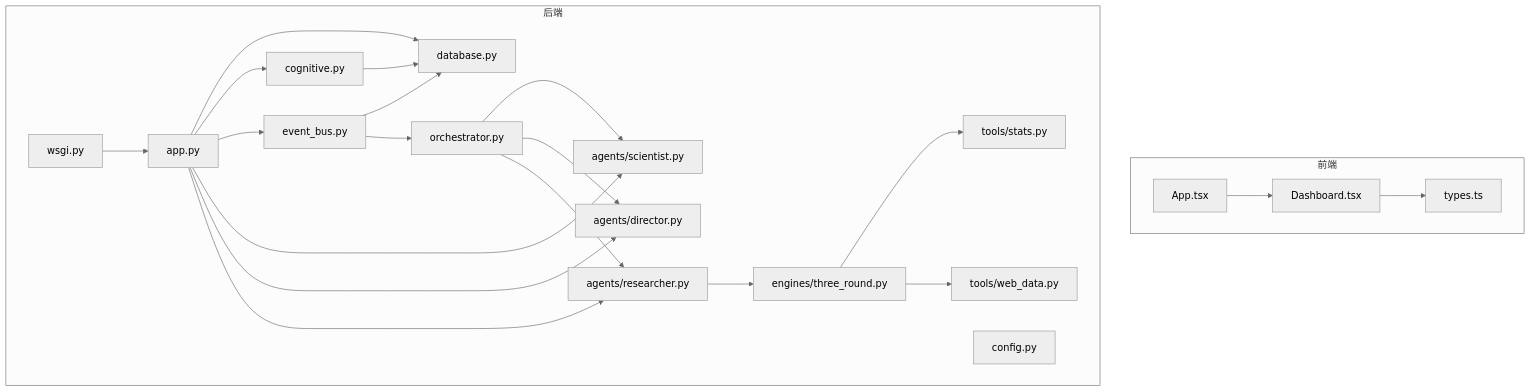
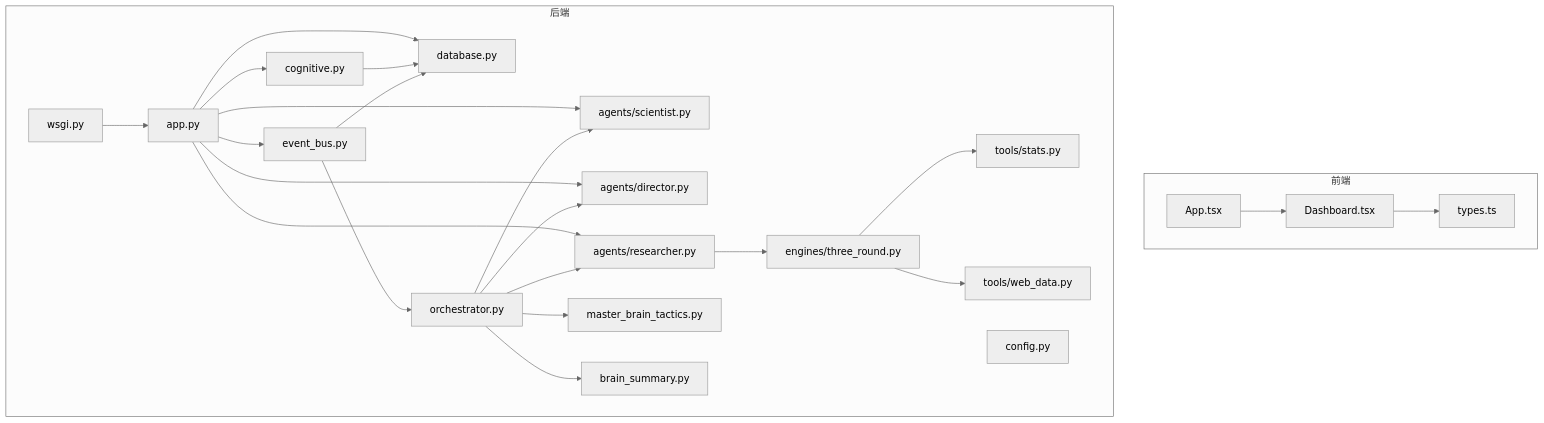
Before and after one commit to GDY-ai/AInstein: the first of 11 diagrams in .qoder/repowiki/zh/content/系统架构/硅基大脑蓝图/硅基大脑蓝图.md, drawn with Mermaid (neutral theme). The commit also changed other lines of this file and 90 other files, not shown here.

````diff
--- a/.qoder/repowiki/zh/content/系统架构/硅基大脑蓝图/硅基大脑蓝图.md
+++ b/.qoder/repowiki/zh/content/系统架构/硅基大脑蓝图/硅基大脑蓝图.md
@@ -55,41 +69,45 @@
 ```mermaid
 graph TB
 subgraph "前端"
 FE_App["App.tsx"]
 FE_Dash["Dashboard.tsx"]
 FE_Types["types.ts"]
 end
 subgraph "后端"
 WSGI["wsgi.py"]
 FlaskApp["app.py"]
 Config["config.py"]
 DB["database.py"]
 Cog["cognitive.py"]
 Bus["event_bus.py"]
 AgentSci["agents/scientist.py"]
 AgentDir["agents/director.py"]
 AgentRes["agents/researcher.py"]
 Eng3["engines/three_round.py"]
-Orchestrator["orchestrator.py"]
+ATA["orchestrator.py"]
+MasterBrain["master_brain_tactics.py"]
+BrainSummary["brain_summary.py"]
 ToolsStats["tools/stats.py"]
 ToolsWeb["tools/web_data.py"]
 end
 FE_App --> FE_Dash
 FE_Dash --> FE_Types
 WSGI --> FlaskApp
 FlaskApp --> DB
 FlaskApp --> Cog
 FlaskApp --> Bus
 FlaskApp --> AgentSci
 FlaskApp --> AgentDir
 FlaskApp --> AgentRes
 AgentRes --> Eng3
 Eng3 --> ToolsStats
 Eng3 --> ToolsWeb
 Cog --> DB
 Bus --> DB
-Bus --> Orchestrator
-Orchestrator --> AgentSci
-Orchestrator --> AgentDir
-Orchestrator --> AgentRes
+Bus --> ATA
+ATA --> MasterBrain
+ATA --> AgentSci
+ATA --> AgentDir
+ATA --> AgentRes
+ATA --> BrainSummary
 ```
````
